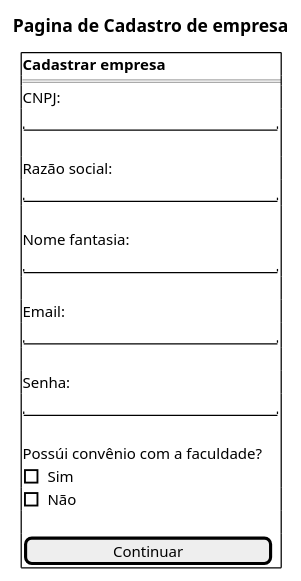
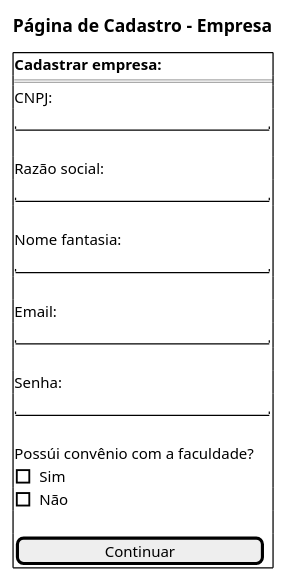
One commit to Projetos-de-Extensao/PBE_26.1_8002_I changed the second of 4 diagrams in docs/Iniciacao/prototipo_baixa_fidelidade.md. Above: the diagram before and after it, drawn with PlantUML. The commit also changed other lines of this file, not shown here.

Commit message:
Adequações nas telas de login e cadastro de empresa e fim das telas de cadastro de coordenador e aluno

````diff
--- a/docs/Iniciacao/prototipo_baixa_fidelidade.md
+++ b/docs/Iniciacao/prototipo_baixa_fidelidade.md
@@ -47,32 +47,32 @@
 ```plantuml
 @startsalt
-title Pagina de Cadastro de empresa
+title Página de Cadastro - Empresa
 {
   {+
-    **Cadastrar empresa**
+    **Cadastrar empresa:**
     ==
     CNPJ:
     "                         "
     .
     Razão social:
     "                         "
     .
     Nome fantasia:
     "                         "
     .
     Email:
     "                         "
     .
     Senha:
     "                         "
     .
     Possúi convênio com a faculdade?
     [] Sim 
     [] Não
     .
     [         Continuar      ]
   
   }
 }
 @endsalt
 ```
````
